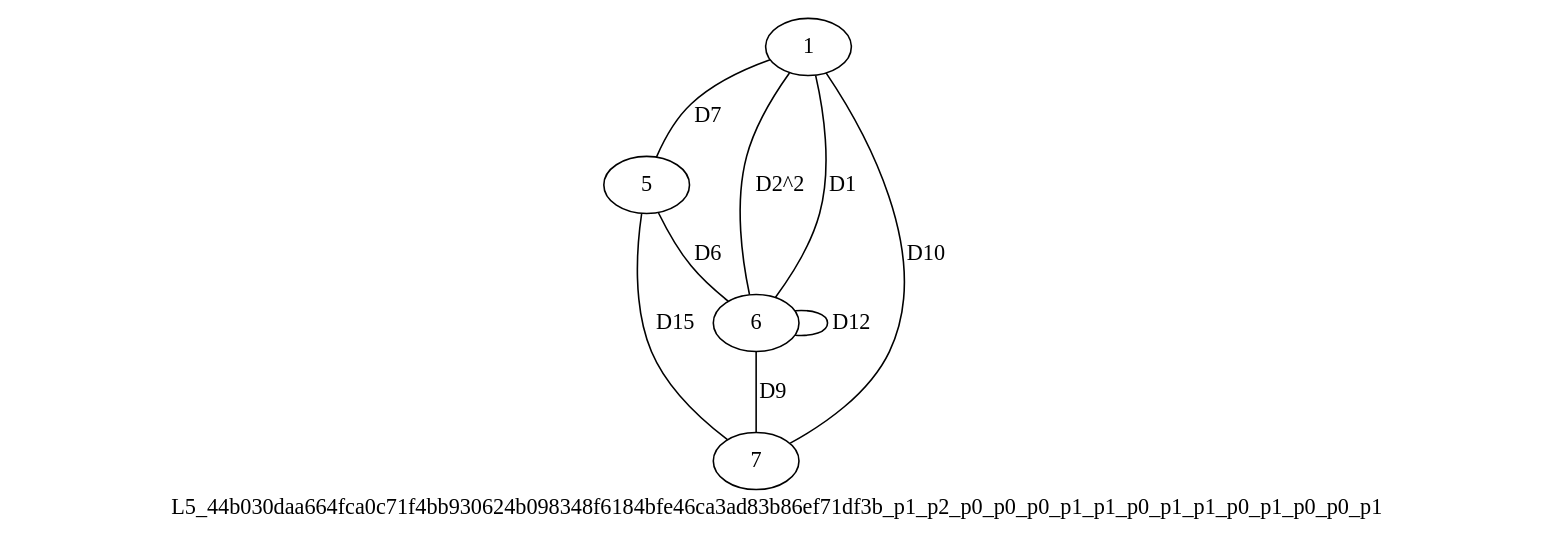
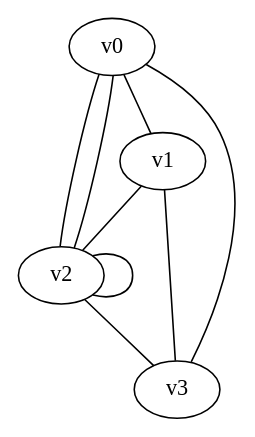
One commit to alphal00p/vakint-external-data changed the diagram in 5L/masters/P713/graph.dot. Above: the diagram before and after it, drawn with Graphviz. The commit also changed 2205 other files, not shown here.

Commit message:
preserve native master graphs and certified period precision

```diff
--- a/5L/masters/P713/graph.dot
+++ b/5L/masters/P713/graph.dot
@@ -1,18 +1,15 @@
-digraph topology {
-  graph [label="L5_44b030daa664fca0c71f4bb930624b098348f6184bfe46ca3ad83b86ef71df3b_p1_p2_p0_p0_p0_p1_p1_p0_p1_p1_p0_p1_p0_p0_p1"];
-  edge [dir=none];
-  graph [family_powers="[1, 2, 0, 0, 0, 1, 1, 0, 1, 1, 0, 1, 0, 0, 1]", common_basis_slots="zero-based", routing="[[1, 0, 0, 0, 0], [0, 1, 0, 0, 0], [0, 0, 1, 0, 0], [0, 0, 0, 1, 0], [0, 0, 0, 0, 1]]"];
-  v1 [label="1"];
-  v5 [label="5"];
-  v6 [label="6"];
-  v7 [label="7"];
-  v6 -> v1 [label="D1", common_basis_slot=0, parent_slot=0, power=1];
-  v1 -> v6 [label="D2^2", common_basis_slot=1, parent_slot=1, power=2];
-  v5 -> v6 [label="D6", common_basis_slot=5, parent_slot=5, power=1];
-  v1 -> v5 [label="D7", common_basis_slot=6, parent_slot=6, power=1];
-  v6 -> v7 [label="D9", common_basis_slot=8, parent_slot=8, power=1];
-  v7 -> v1 [label="D10", common_basis_slot=9, parent_slot=9, power=1];
-  v6 -> v6 [label="D12", common_basis_slot=11, parent_slot=11, power=1];
-  v5 -> v7 [label="D15", common_basis_slot=14, parent_slot=14, power=1];
-  graph [numerator_factors="[]"];
+digraph feynkit {
+  graph [feynkit_name="L5_44b030daa664fca0c71f4bb930624b098348f6184bfe46ca3ad83b86ef71df3b_p1_p2_p0_p0_p0_p1_p1_p0_p1_p1_p0_p1_p0_p0_p1", model_fingerprint="67fadf2679bc2baf07722d9e7690708b7e565ca8d3dcc30b295b0d16bd302ca2", symmetry_factor=1, overall_factor="1", numerator="1", numerator_prefactor="1", projector="1", loop_momentum_edges="1,3,5,6,7", loop_momentum_basis="{\"tree_edges\":[0,2,4],\"loop_edges\":[1,3,5,6,7],\"external_edges\":[],\"dependent_externals\":[],\"edge_signatures\":{\"0\":{\"loops\":[1,1,-1,0,0],\"external\":[]},\"1\":{\"loops\":[1,0,0,0,0],\"external\":[]},\"2\":{\"loops\":[0,1,0,0,-1],\"external\":[]},\"3\":{\"loops\":[0,1,0,0,0],\"external\":[]},\"4\":{\"loops\":[0,0,1,0,-1],\"external\":[]},\"5\":{\"loops\":[0,0,1,0,0],\"external\":[]},\"6\":{\"loops\":[0,0,0,1,0],\"external\":[]},\"7\":{\"loops\":[0,0,0,0,1],\"external\":[]}}}", half_edge_order="[{\"edge\":0,\"endpoint\":\"source\"},{\"edge\":0,\"endpoint\":\"target\"},{\"edge\":1,\"endpoint\":\"source\"},{\"edge\":1,\"endpoint\":\"target\"},{\"edge\":2,\"endpoint\":\"source\"},{\"edge\":2,\"endpoint\":\"target\"},{\"edge\":3,\"endpoint\":\"source\"},{\"edge\":3,\"endpoint\":\"target\"},{\"edge\":4,\"endpoint\":\"source\"},{\"edge\":4,\"endpoint\":\"target\"},{\"edge\":5,\"endpoint\":\"source\"},{\"edge\":5,\"endpoint\":\"target\"},{\"edge\":6,\"endpoint\":\"source\"},{\"edge\":6,\"endpoint\":\"target\"},{\"edge\":7,\"endpoint\":\"source\"},{\"edge\":7,\"endpoint\":\"target\"}]", cuts="[]", topology_threshold_candidates="[]", family_powers="[1, 2, 0, 0, 0, 1, 1, 0, 1, 1, 0, 1, 0, 0, 1]", common_basis_slots="zero-based", routing="[[1, 0, 0, 0, 0], [0, 1, 0, 0, 0], [0, 0, 1, 0, 0], [0, 0, 0, 1, 0], [0, 0, 0, 0, 1]]", common_basis_to_graph_loops="[[1, 1, -1, 0, 0], [1, 0, 0, 0, 0], [1, 0, -1, 0, 1], [1, 0, -1, 0, 0], [1, 0, -1, -1, 1]]", parent_sector=30699, census_sector=30699, numerator_factors="[]"];
+  v0 [id=0, feynkit_name="v1", interaction_id=2, interaction="V_SCALAR4", numerator="1"];
+  v1 [id=1, feynkit_name="v5", interaction_id=1, interaction="V_SCALAR3", numerator="1"];
+  v2 [id=2, feynkit_name="v6", interaction_id=4, interaction="V_SCALAR6", numerator="1"];
+  v3 [id=3, feynkit_name="v7", interaction_id=1, interaction="V_SCALAR3", numerator="1"];
+  v2 -> v0 [id=0, particle_id=0, pdg=9000001, particle="phi", directed="false", source_slot=0, target_slot=0, dir="none", numerator="1", power=1, common_basis_slot=0, parent_slot=0, source_momentum_sign=1];
+  v0 -> v2 [id=1, particle_id=0, pdg=9000001, particle="phi", directed="false", source_slot=1, target_slot=1, dir="none", numerator="1", power=2, common_basis_slot=1, parent_slot=1, source_momentum_sign=1, lmb_id=0];
+  v1 -> v2 [id=2, particle_id=0, pdg=9000001, particle="phi", directed="false", source_slot=0, target_slot=2, dir="none", numerator="1", power=1, common_basis_slot=5, parent_slot=5, source_momentum_sign=1];
+  v0 -> v1 [id=3, particle_id=0, pdg=9000001, particle="phi", directed="false", source_slot=2, target_slot=1, dir="none", numerator="1", power=1, common_basis_slot=6, parent_slot=6, source_momentum_sign=1, lmb_id=1];
+  v2 -> v3 [id=4, particle_id=0, pdg=9000001, particle="phi", directed="false", source_slot=3, target_slot=0, dir="none", numerator="1", power=1, common_basis_slot=8, parent_slot=8, source_momentum_sign=1];
+  v3 -> v0 [id=5, particle_id=0, pdg=9000001, particle="phi", directed="false", source_slot=1, target_slot=3, dir="none", numerator="1", power=1, common_basis_slot=9, parent_slot=9, source_momentum_sign=1, lmb_id=2];
+  v2 -> v2 [id=6, particle_id=0, pdg=9000001, particle="phi", directed="false", source_slot=4, target_slot=5, dir="none", numerator="1", power=1, common_basis_slot=11, parent_slot=11, source_momentum_sign=1, lmb_id=3];
+  v1 -> v3 [id=7, particle_id=0, pdg=9000001, particle="phi", directed="false", source_slot=2, target_slot=2, dir="none", numerator="1", power=1, common_basis_slot=14, parent_slot=14, source_momentum_sign=1, lmb_id=4];
 }
```
